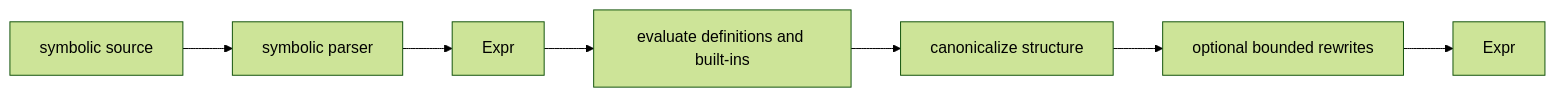
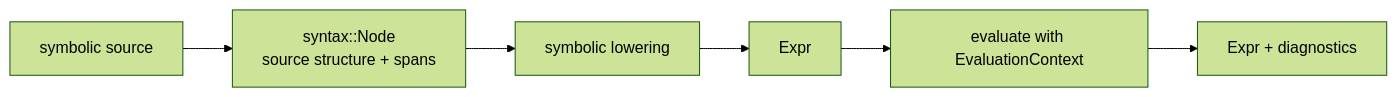
One commit to sergiorf/aleph3 changed the sixth of 10 diagrams in docs/architecture.md. Above: the diagram before and after it, drawn with Mermaid (forest theme). The commit also changed other lines of this file and 10 other files, not shown here.

First line of the commit message:
docs: refresh architecture and glossary for current engine

````diff
--- a/docs/architecture.md
+++ b/docs/architecture.md
@@ -252,9 +291,8 @@
 ```mermaid
 flowchart LR
-    Input["symbolic source"] --> Parse["symbolic parser"]
-    Parse --> Expr["Expr"]
-    Expr --> Evaluate["evaluate definitions and built-ins"]
-    Evaluate --> Normalize["canonicalize structure"]
-    Normalize --> Rewrite["optional bounded rewrites"]
-    Rewrite --> Output["Expr"]
+    Input["symbolic source"] --> Syntax["syntax::Node<br/>source structure + spans"]
+    Syntax --> Lower["symbolic lowering"]
+    Lower --> Expr["Expr"]
+    Expr --> Eval["evaluate with EvaluationContext"]
+    Eval --> Output["Expr + diagnostics"]
 ```
````
